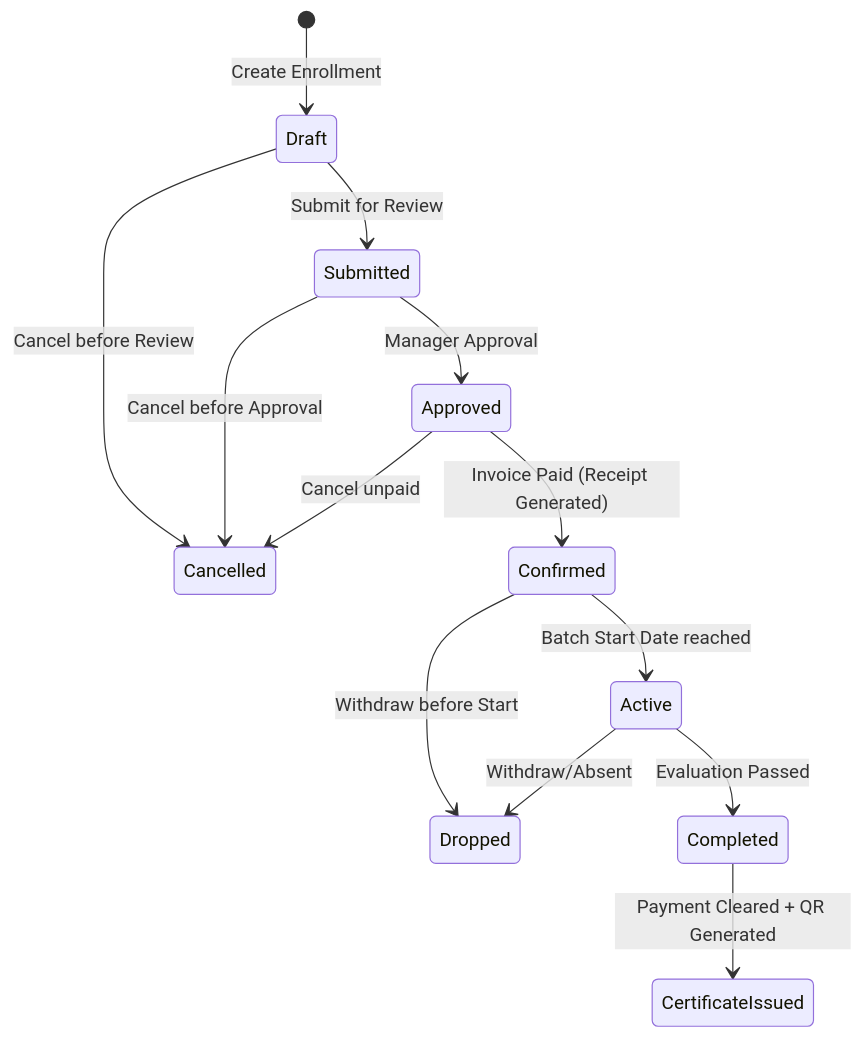
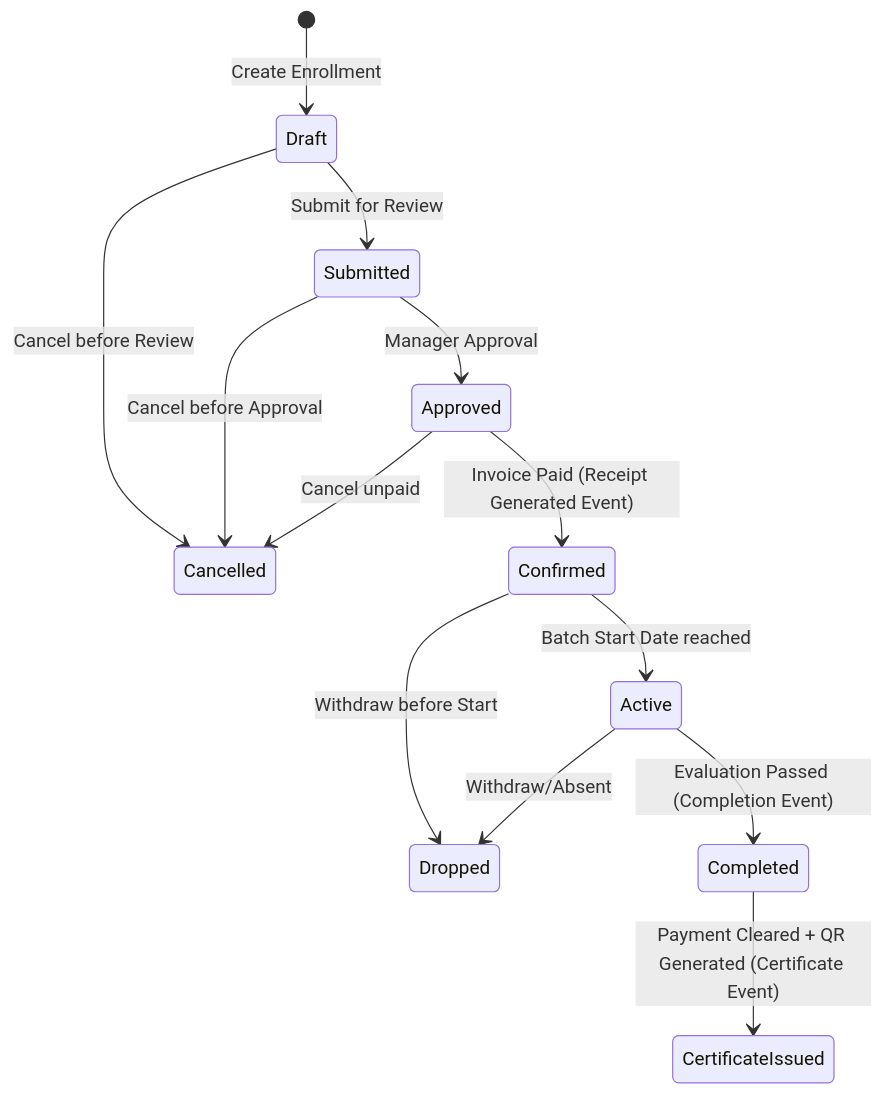
Before and after one commit to needuvazh/ims-v2: the first of 2 diagrams in docs/architecture/frd/Module 04: Admission & Enrollment Management/Part 1 – Business Overview, Functional Requirements, Business Rules.md, drawn with Mermaid. The commit also changed other lines of this file and 128 other files, not shown here.

````diff
--- a/docs/architecture/frd/Module 04: Admission & Enrollment Management/Part 1 – Business Overview, Functional Requirements, Business Rules.md
+++ b/docs/architecture/frd/Module 04: Admission & Enrollment Management/Part 1 – Business Overview, Functional Requirements, Business Rules.md
@@ -240,15 +235,15 @@
 ```mermaid
 stateDiagram-v2
     [*] --> Draft : Create Enrollment
     Draft --> Submitted : Submit for Review
     Draft --> Cancelled : Cancel before Review
     Submitted --> Approved : Manager Approval
     Submitted --> Cancelled : Cancel before Approval
-    Approved --> Confirmed : Invoice Paid (Receipt Generated)
+    Approved --> Confirmed : Invoice Paid (Receipt Generated Event)
     Approved --> Cancelled : Cancel unpaid
     Confirmed --> Active : Batch Start Date reached
     Confirmed --> Dropped : Withdraw before Start
-    Active --> Completed : Evaluation Passed
+    Active --> Completed : Evaluation Passed (Completion Event)
     Active --> Dropped : Withdraw/Absent
-    Completed --> CertificateIssued : Payment Cleared + QR Generated
+    Completed --> CertificateIssued : Payment Cleared + QR Generated (Certificate Event)
 ```
````
